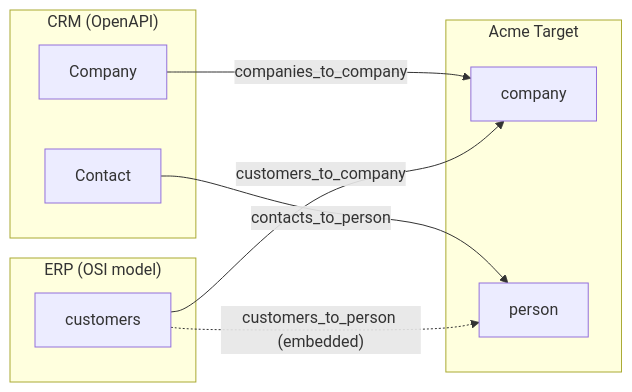
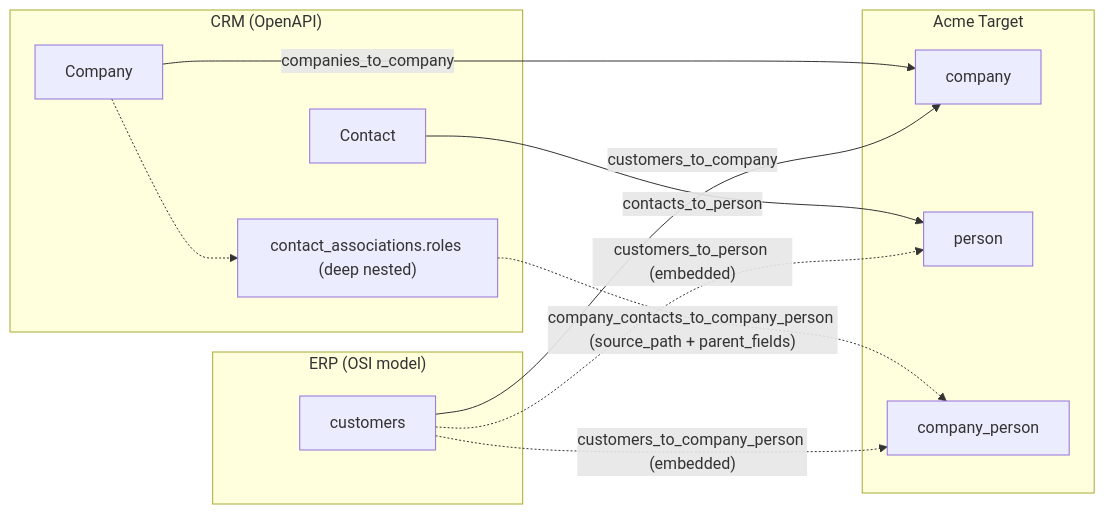
Before and after one commit to BaardBouvet/OSI-mapping: the second of 2 diagrams in example/README.md, drawn with Mermaid. The commit also changed other lines of this file and 7 other files, not shown here.

````diff
--- a/example/README.md
+++ b/example/README.md
@@ -18,21 +29,25 @@
 ```mermaid
 graph LR
     subgraph CRM["CRM (OpenAPI)"]
         crm_companies[Company]
         crm_contacts[Contact]
+        crm_companies -.-> crm_cc["contact_associations.roles (deep nested)"]
     end
 
     subgraph ERP["ERP (OSI model)"]
         erp_customers[customers]
     end
 
     subgraph ACME["Acme Target"]
         company[company]
         person[person]
+        company_person[company_person]
     end
 
     crm_companies -->|companies_to_company| company
     crm_contacts -->|contacts_to_person| person
+    crm_cc -.->|"company_contacts_to_company_person (source_path + parent_fields)"| company_person
     erp_customers -->|customers_to_company| company
     erp_customers -.->|"customers_to_person (embedded)"| person
+    erp_customers -.->|"customers_to_company_person (embedded)"| company_person
 ```
````
